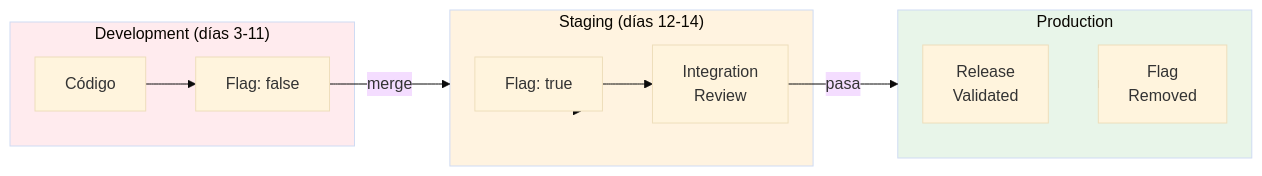
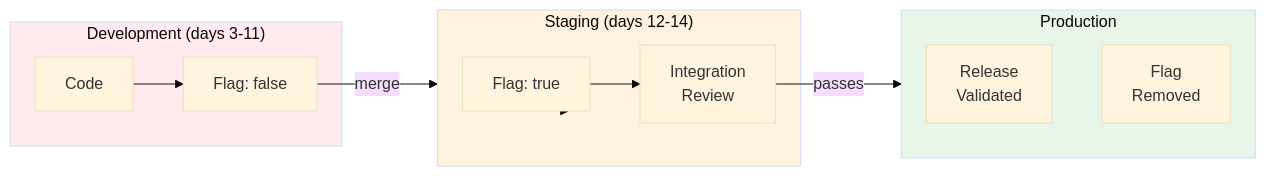
Before and after one commit to crhistianmdz/FlowDocs: the sixth of 7 diagrams in docs/architecture-diagram.md, drawn with Mermaid (base theme). The commit also changed other lines of this file and 81 other files, not shown here.

First line of the commit message:
feat: add FlowDoc adoption checklist and update legacy migration guide

````diff
--- a/docs/architecture-diagram.md
+++ b/docs/architecture-diagram.md
@@ -275,28 +275,28 @@
 ```mermaid
 graph LR
-    subgraph DEV["Development (días 3-11)"]
-        CODE[Código]
+    subgraph DEV["Development (days 3-11)"]
+        CODE[Code]
         FLAG_OFF[Flag: false]
     end
 
-    subgraph STAGING["Staging (días 12-14)"]
+    subgraph STAGING["Staging (days 12-14)"]
         FLAG_ON[Flag: true]
         REVIEW[Integration<br/>Review]
     end
 
     subgraph PROD["Production"]
         RELEASE[Release<br/>Validated]
         FLAG_REMOVE[Flag<br/>Removed]
     end
 
     CODE --> FLAG_OFF
     FLAG_OFF -->|merge| STAGING
     STAGING --> FLAG_ON
     FLAG_ON --> REVIEW
-    REVIEW -->|pasa| PROD
+    REVIEW -->|passes| PROD
     PROD --> FLAG_REMOVE
 
     style DEV fill:#ffebee
     style STAGING fill:#fff3e0
     style PROD fill:#e8f5e9
 ```
````
